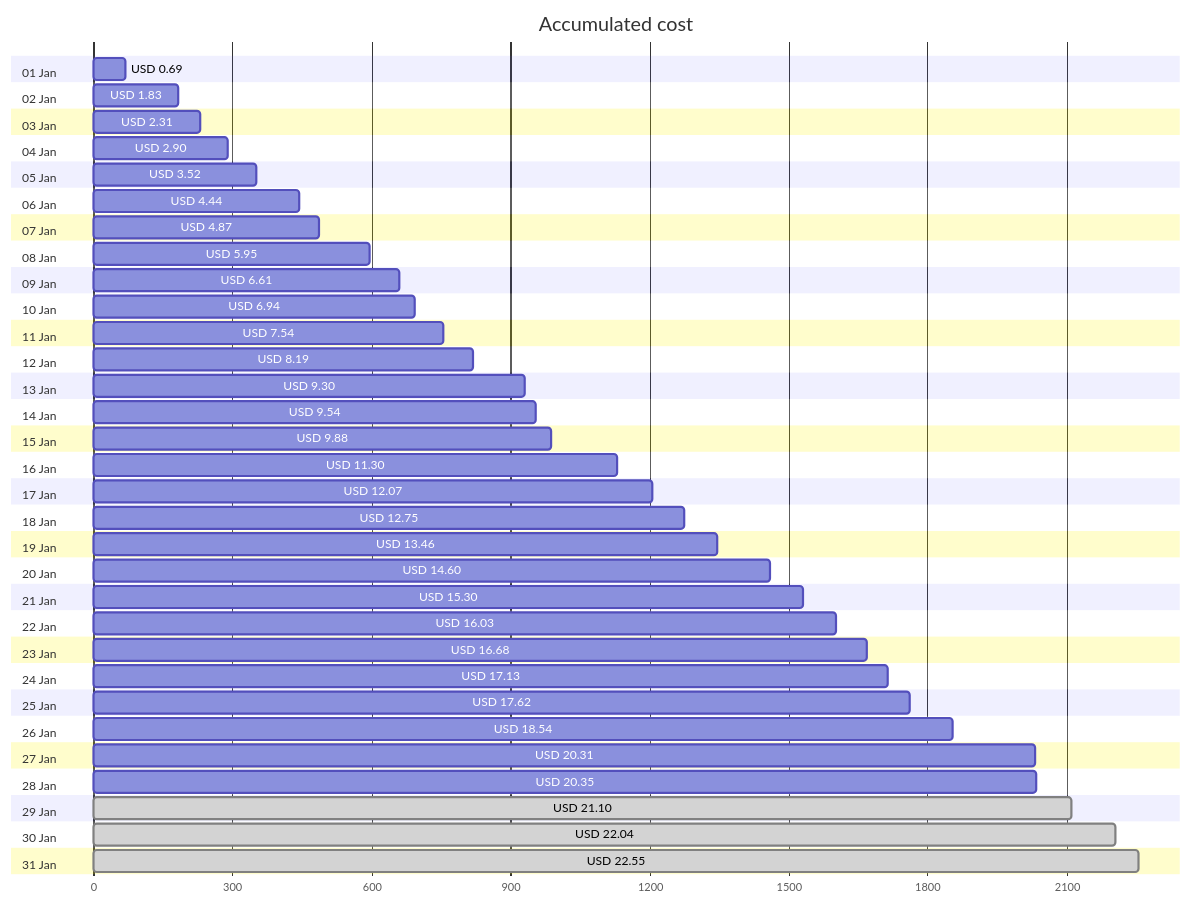
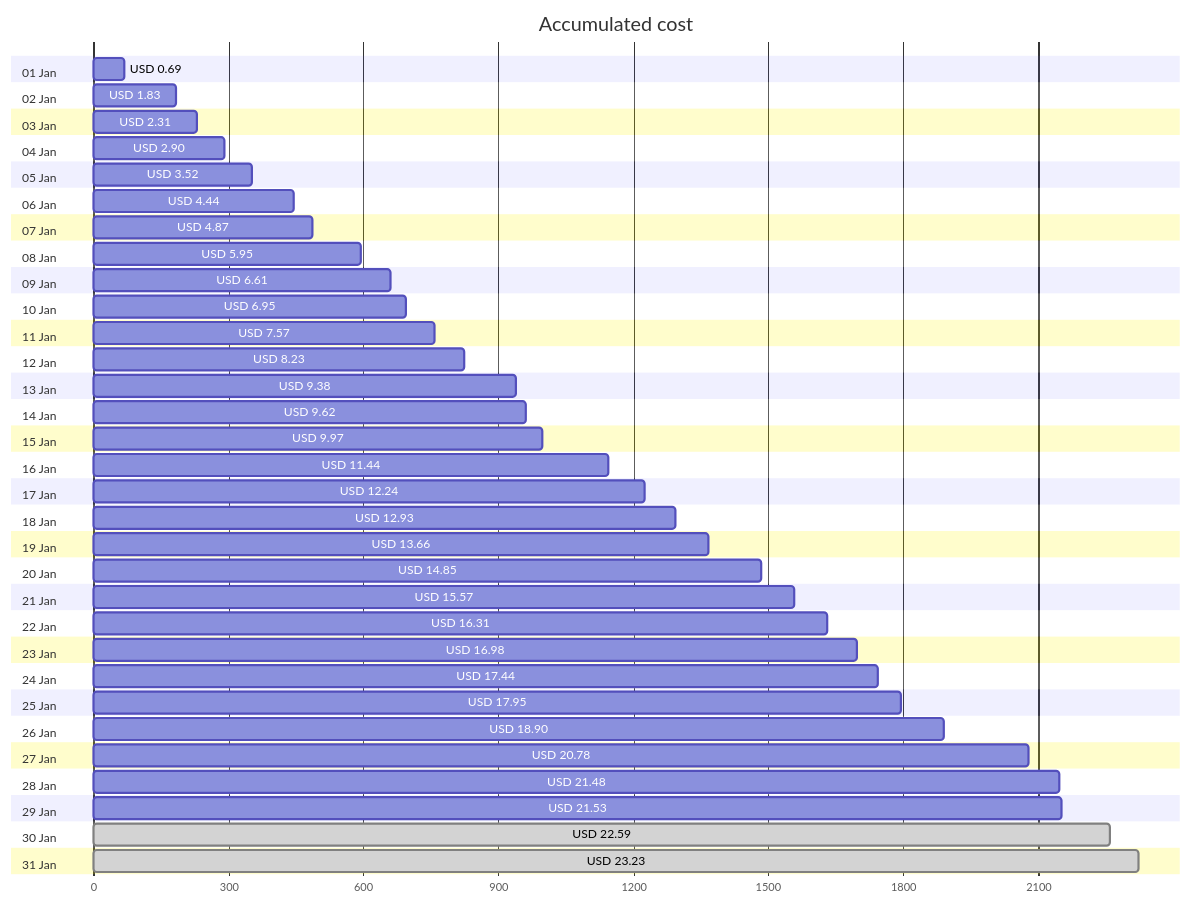
The first of 4 diagrams in cost-reports/personal-network/vpn-server.md (jpfulton/azure-personal-reports), drawn with Mermaid before and after one commit. The commit also changed other lines of this file and 8 other files, not shown here.

````diff
--- a/cost-reports/personal-network/vpn-server.md
+++ b/cost-reports/personal-network/vpn-server.md
@@ -20,68 +20,68 @@
 ```mermaid
 gantt
    title Accumulated cost
    dateFormat  X
    axisFormat %s
    section 01 Jan
    USD 0.69 :0, 69
    section 02 Jan
    USD 1.83 :0, 183
    section 03 Jan
    USD 2.31 :0, 231
    section 04 Jan
    USD 2.90 :0, 290
    section 05 Jan
    USD 3.52 :0, 352
    section 06 Jan
    USD 4.44 :0, 444
    section 07 Jan
    USD 4.87 :0, 487
    section 08 Jan
    USD 5.95 :0, 595
    section 09 Jan
    USD 6.61 :0, 661
    section 10 Jan
-   USD 6.94 :0, 694
+   USD 6.95 :0, 695
    section 11 Jan
-   USD 7.54 :0, 754
+   USD 7.57 :0, 757
    section 12 Jan
-   USD 8.19 :0, 819
+   USD 8.23 :0, 823
    section 13 Jan
-   USD 9.30 :0, 930
+   USD 9.38 :0, 938
    section 14 Jan
-   USD 9.54 :0, 954
+   USD 9.62 :0, 962
    section 15 Jan
-   USD 9.88 :0, 988
+   USD 9.97 :0, 997
    section 16 Jan
-   USD 11.30 :0, 1130
+   USD 11.44 :0, 1144
    section 17 Jan
-   USD 12.07 :0, 1207
+   USD 12.24 :0, 1224
    section 18 Jan
-   USD 12.75 :0, 1275
+   USD 12.93 :0, 1293
    section 19 Jan
-   USD 13.46 :0, 1346
+   USD 13.66 :0, 1366
    section 20 Jan
-   USD 14.60 :0, 1460
+   USD 14.85 :0, 1485
    section 21 Jan
-   USD 15.30 :0, 1530
+   USD 15.57 :0, 1557
    section 22 Jan
-   USD 16.03 :0, 1603
+   USD 16.31 :0, 1631
    section 23 Jan
-   USD 16.68 :0, 1668
+   USD 16.98 :0, 1698
    section 24 Jan
-   USD 17.13 :0, 1713
+   USD 17.44 :0, 1744
    section 25 Jan
-   USD 17.62 :0, 1762
+   USD 17.95 :0, 1795
    section 26 Jan
-   USD 18.54 :0, 1854
+   USD 18.90 :0, 1890
    section 27 Jan
-   USD 20.31 :0, 2031
+   USD 20.78 :0, 2078
    section 28 Jan
-   USD 20.35 :0, 2035
+   USD 21.48 :0, 2148
    section 29 Jan
-   USD 21.10 : done, 0, 2110
+   USD 21.53 :0, 2153
    section 30 Jan
-   USD 22.04 : done, 0, 2204
+   USD 22.59 : done, 0, 2259
    section 31 Jan
-   USD 22.55 : done, 0, 2255
+   USD 23.23 : done, 0, 2323
 ```
````
